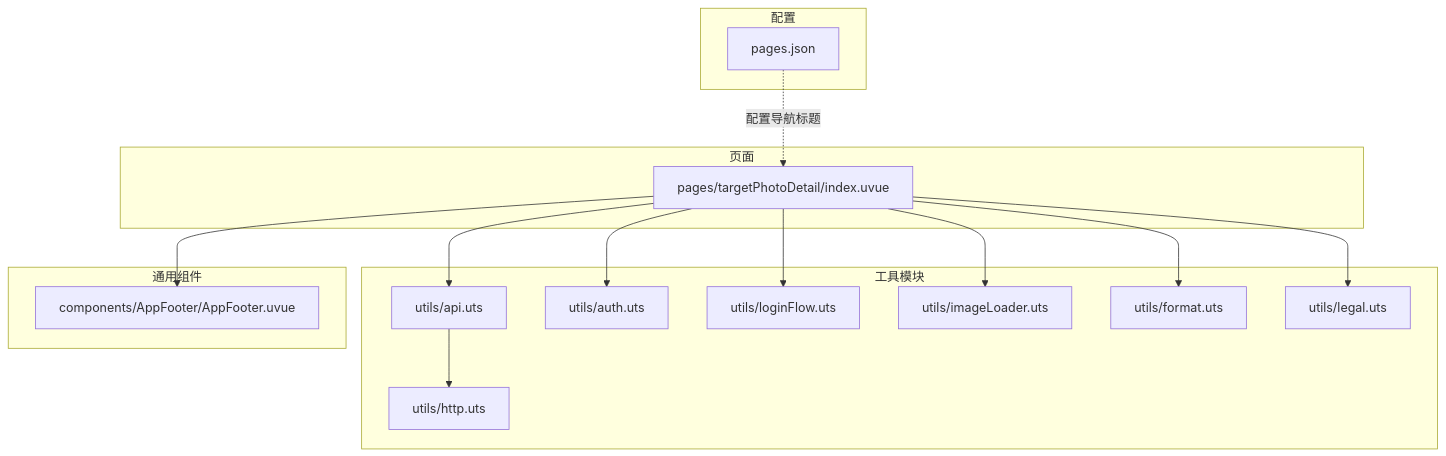
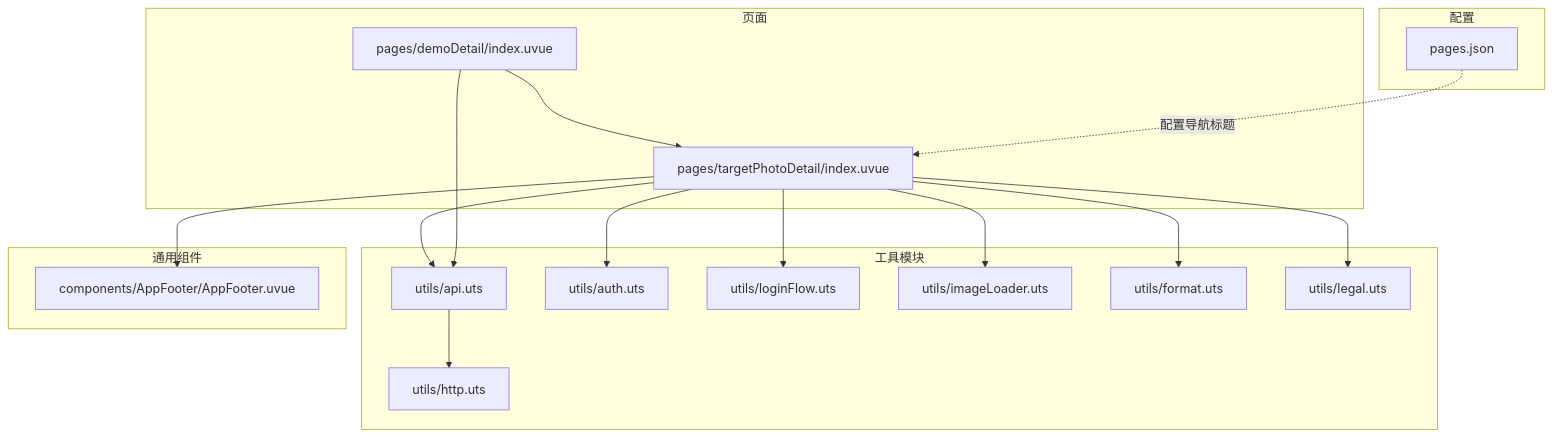
Before and after one commit to crazyma99/blueberry: the first of 6 diagrams in .qoder/repowiki/zh/content/核心功能模块/客片管理系统/客片详情页面.md, drawn with Mermaid. The commit also changed other lines of this file and 79 other files, not shown here.

````diff
--- a/.qoder/repowiki/zh/content/核心功能模块/客片管理系统/客片详情页面.md
+++ b/.qoder/repowiki/zh/content/核心功能模块/客片管理系统/客片详情页面.md
@@ -38,30 +48,33 @@
 ```mermaid
 graph TB
 subgraph "页面"
 Detail["pages/targetPhotoDetail/index.uvue"]
+DemoDetail["pages/demoDetail/index.uvue"]
 end
 subgraph "工具模块"
 API["utils/api.uts"]
 HTTP["utils/http.uts"]
 AUTH["utils/auth.uts"]
 LOGIN["utils/loginFlow.uts"]
 IMG["utils/imageLoader.uts"]
 FORMAT["utils/format.uts"]
 LEGAL["utils/legal.uts"]
 end
 subgraph "通用组件"
 Footer["components/AppFooter/AppFooter.uvue"]
 end
 subgraph "配置"
 PagesJSON["pages.json"]
 end
 Detail --> API
 Detail --> AUTH
 Detail --> LOGIN
 Detail --> IMG
 Detail --> FORMAT
 Detail --> LEGAL
 Detail --> Footer
+DemoDetail --> Detail
+DemoDetail --> API
 API --> HTTP
 PagesJSON -. 配置导航标题 .-> Detail
 ```
````
